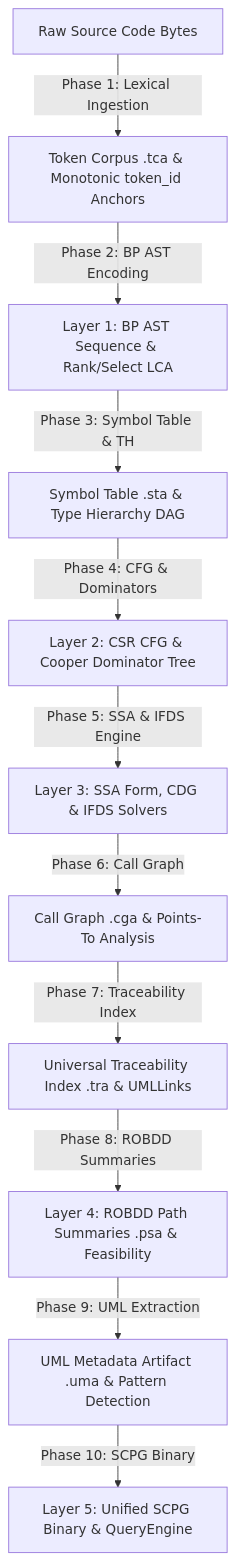
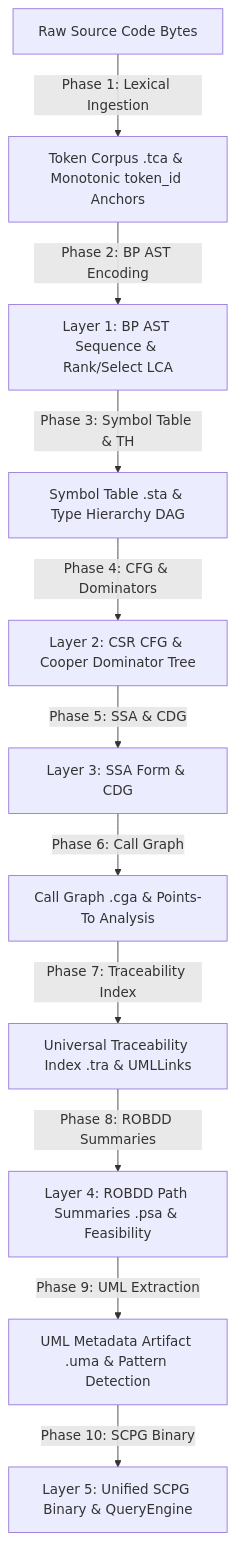
The first of 5 diagrams in docs/architecture.md (AhmadHassan-BTed/OpenHeart), drawn with Mermaid before and after one commit. The commit also changed other lines of this file and 434 other files, not shown here.

````diff
--- a/docs/architecture.md
+++ b/docs/architecture.md
@@ -11,13 +13,13 @@
 ```mermaid
 graph TD
     A[Raw Source Code Bytes] -->|Phase 1: Lexical Ingestion| B[Token Corpus .tca & Monotonic token_id Anchors]
     B -->|Phase 2: BP AST Encoding| C[Layer 1: BP AST Sequence & Rank/Select LCA]
     C -->|Phase 3: Symbol Table & TH| D[Symbol Table .sta & Type Hierarchy DAG]
     D -->|Phase 4: CFG & Dominators| E[Layer 2: CSR CFG & Cooper Dominator Tree]
-    E -->|Phase 5: SSA & IFDS Engine| F[Layer 3: SSA Form, CDG & IFDS Solvers]
+    E -->|Phase 5: SSA & CDG| F[Layer 3: SSA Form & CDG]
     F -->|Phase 6: Call Graph| G[Call Graph .cga & Points-To Analysis]
     G -->|Phase 7: Traceability Index| H[Universal Traceability Index .tra & UMLLinks]
     H -->|Phase 8: ROBDD Summaries| I[Layer 4: ROBDD Path Summaries .psa & Feasibility]
     I -->|Phase 9: UML Extraction| J[UML Metadata Artifact .uma & Pattern Detection]
     J -->|Phase 10: SCPG Binary| K[Layer 5: Unified SCPG Binary & QueryEngine]
 ```
````
